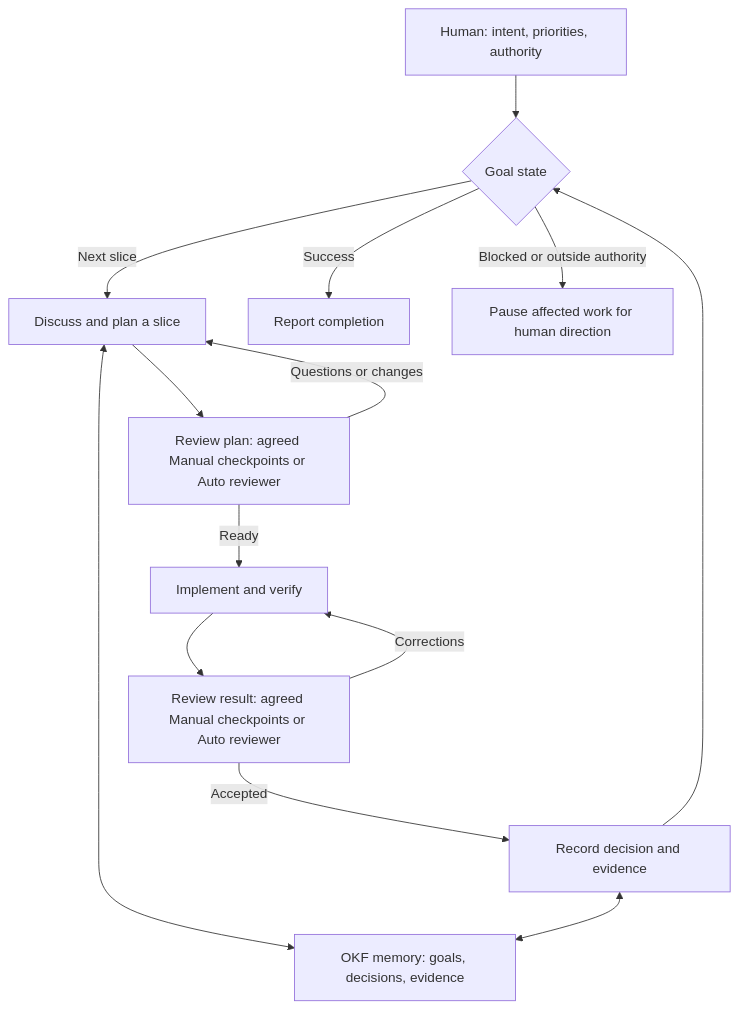
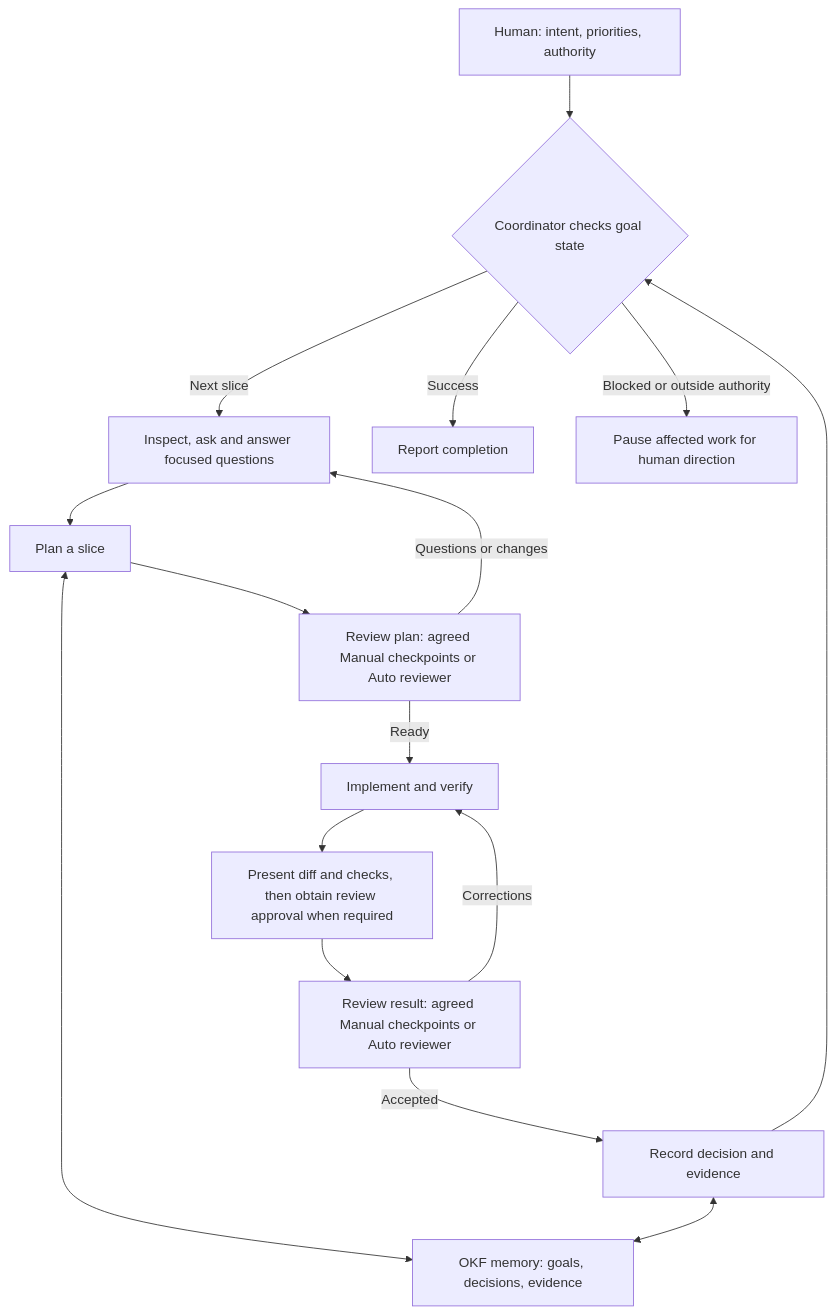
One commit to rokerzsa/agent-skills changed the diagram in README.md. Above: the diagram before and after it, drawn with Mermaid. The commit also changed other lines of this file and 8 other files, not shown here.

````diff
--- a/README.md
+++ b/README.md
@@ -17,16 +17,18 @@
 ```mermaid
 flowchart TD
-    H["Human: intent, priorities, authority"] --> D{"Goal state"}
-    D -->|Next slice| W["Discuss and plan a slice"]
+    H["Human: intent, priorities, authority"] --> D{"Coordinator checks goal state"}
+    D -->|Next slice| Q["Inspect, ask and answer focused questions"]
+    Q --> W["Plan a slice"]
     W --> P["Review plan: agreed Manual checkpoints or Auto reviewer"]
-    P -->|Questions or changes| W
+    P -->|Questions or changes| Q
     P -->|Ready| I["Implement and verify"]
-    I --> R["Review result: agreed Manual checkpoints or Auto reviewer"]
+    I --> A["Present diff and checks, then obtain review approval when required"]
+    A --> R["Review result: agreed Manual checkpoints or Auto reviewer"]
     R -->|Corrections| I
     R -->|Accepted| N["Record decision and evidence"]
     N --> D
     D -->|Success| E["Report completion"]
     D -->|Blocked or outside authority| B["Pause affected work for human direction"]
     W <--> M["OKF memory: goals, decisions, evidence"]
     N <--> M
 ```
````
